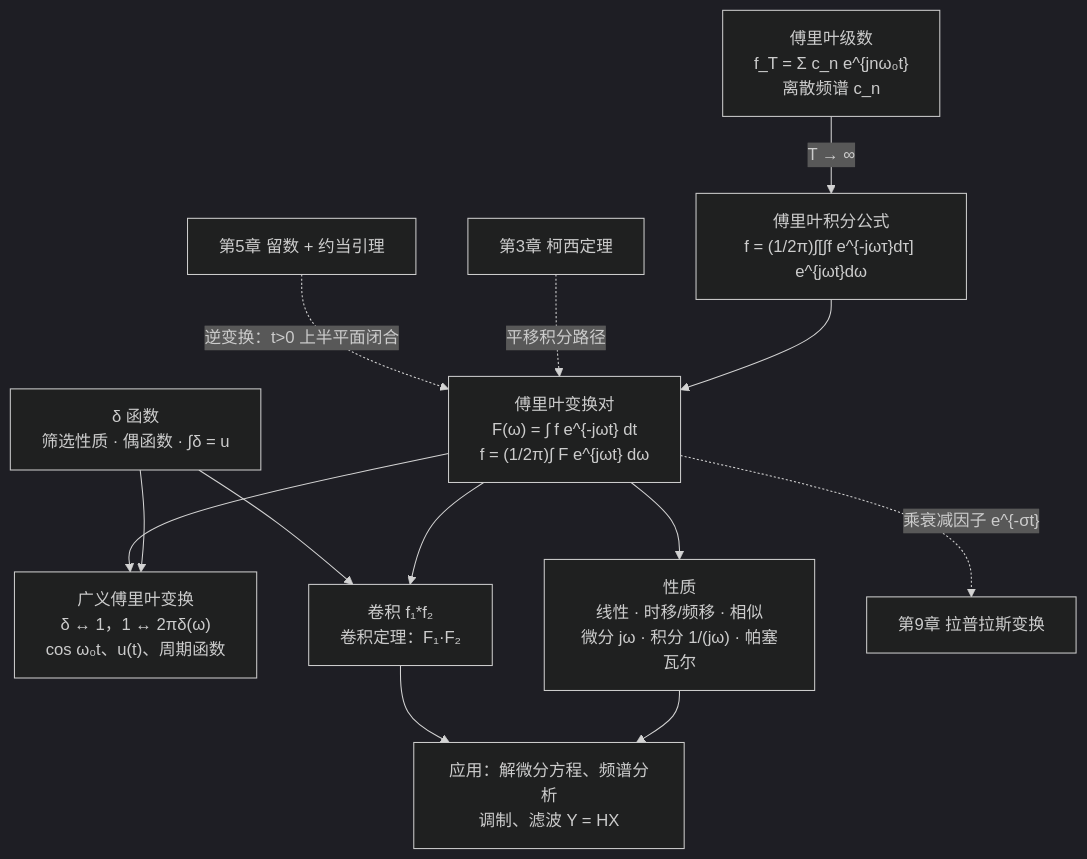
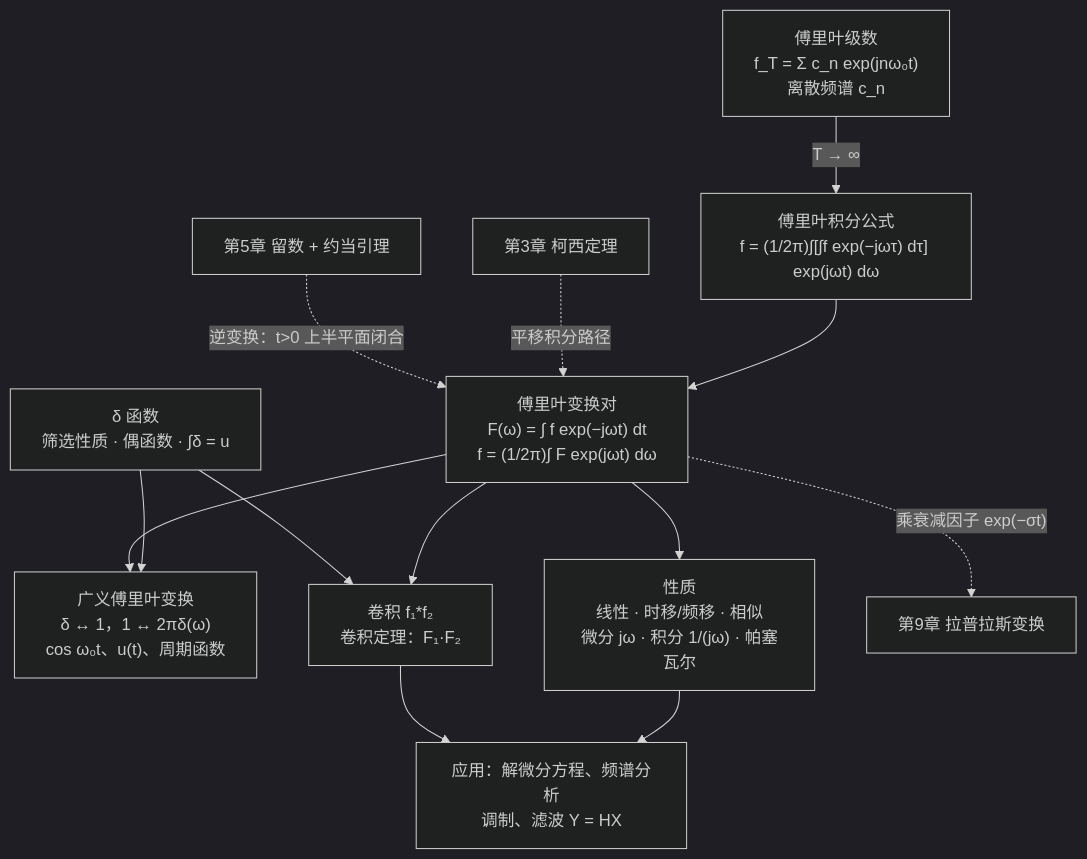
Before and after one commit to cockroach-f/complex-functions: the diagram in docs/ch8.md, drawn with Mermaid (dark theme). The commit also changed 1 other file, not shown here.

Commit message:
归纳图里的指数改成 exp，避免 ^ 和花括号原样显示。

````diff
--- a/docs/ch8.md
+++ b/docs/ch8.md
@@ -583,15 +583,15 @@
     ```mermaid
     flowchart TD
-        FS["傅里叶级数<br/>f_T = Σ c_n e^{jnω₀t}<br/>离散频谱 c_n"] -- "T → ∞" --> FI["傅里叶积分公式<br/>f = (1/2π)∫[∫f e^{-jωτ}dτ] e^{jωt}dω"]
-        FI --> FT["傅里叶变换对<br/>F(ω) = ∫ f e^{-jωt} dt<br/>f = (1/2π)∫ F e^{jωt} dω"]
+        FS["傅里叶级数<br/>f_T = Σ c_n exp(jnω₀t)<br/>离散频谱 c_n"] -- "T → ∞" --> FI["傅里叶积分公式<br/>f = (1/2π)∫[∫f exp(−jωτ) dτ] exp(jωt) dω"]
+        FI --> FT["傅里叶变换对<br/>F(ω) = ∫ f exp(−jωt) dt<br/>f = (1/2π)∫ F exp(jωt) dω"]
         DL["δ 函数<br/>筛选性质 · 偶函数 · ∫δ = u"] --> GFT["广义傅里叶变换<br/>δ ↔ 1，1 ↔ 2πδ(ω)<br/>cos ω₀t、u(t)、周期函数"]
         FT --> GFT
         FT --> PR["性质<br/>线性 · 时移/频移 · 相似<br/>微分 jω · 积分 1/(jω) · 帕塞瓦尔"]
         FT --> CV["卷积 f₁*f₂<br/>卷积定理：F₁·F₂"]
         DL --> CV
         C3["第3章 柯西定理"] -.平移积分路径.-> FT
         C5["第5章 留数 + 约当引理"] -.逆变换：t>0 上半平面闭合.-> FT
         PR --> APP["应用：解微分方程、频谱分析<br/>调制、滤波 Y = HX"]
         CV --> APP
-        FT -.乘衰减因子 e^{-σt}.-> LAP["第9章 拉普拉斯变换"]
+        FT -.乘衰减因子 exp(−σt).-> LAP["第9章 拉普拉斯变换"]
     ```
````
